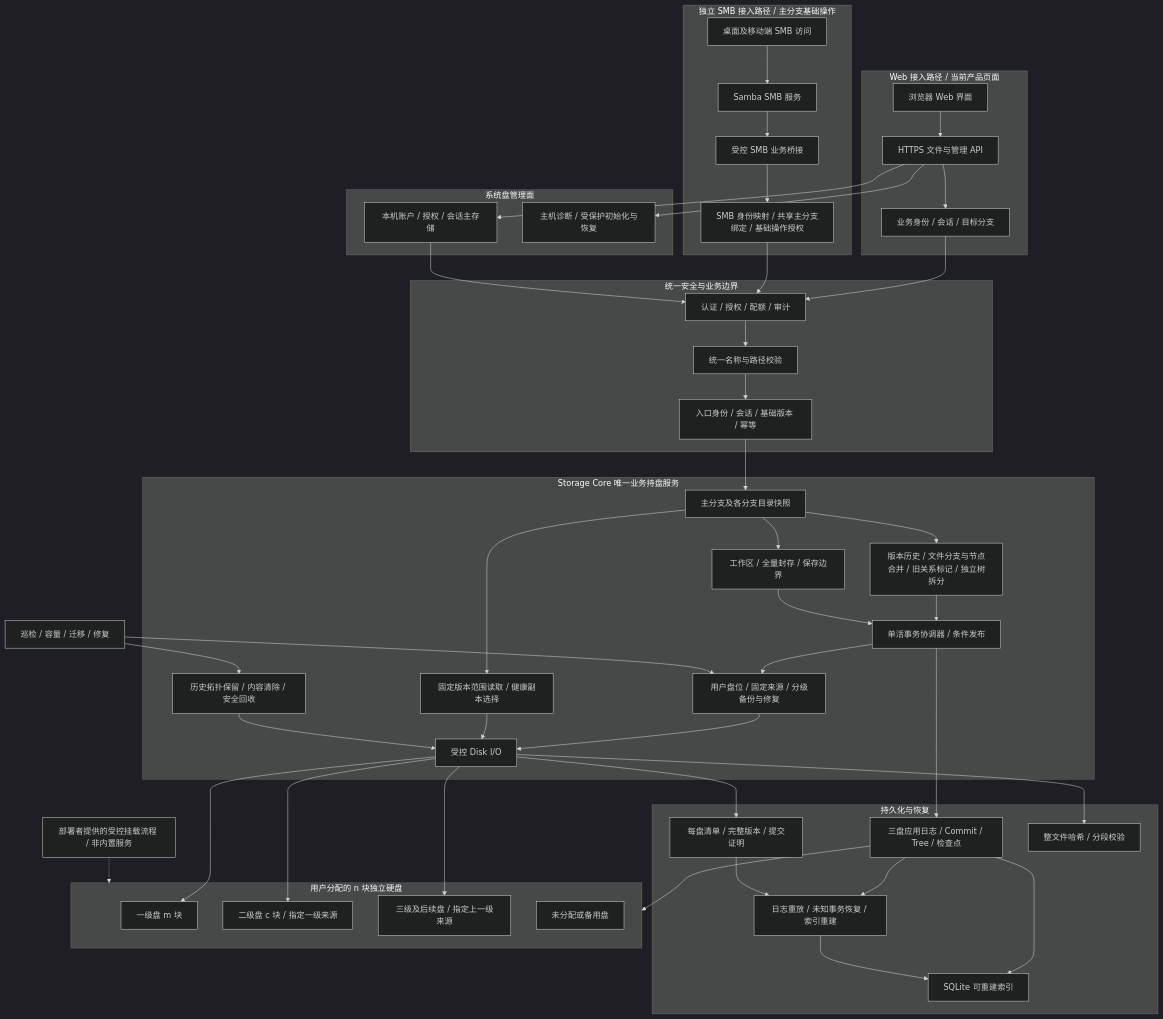
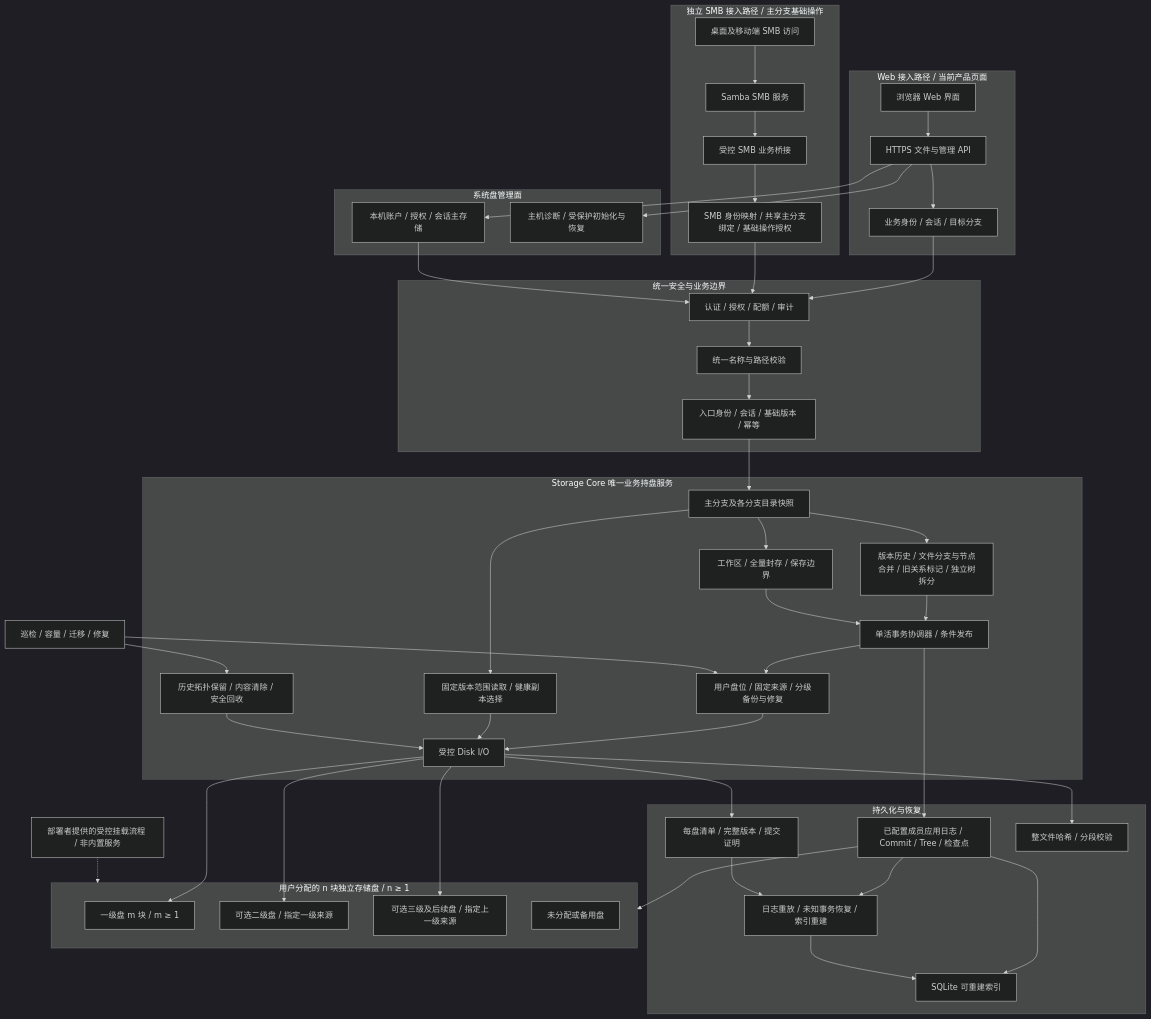
One commit to isarmg/xcs changed the diagram in docs/03-architecture.md. Above: the diagram before and after it, drawn with Mermaid (dark theme). The commit also changed other lines of this file and 62 other files, not shown here.

````diff
--- a/docs/03-architecture.md
+++ b/docs/03-architecture.md
@@ -19,81 +19,81 @@
 ```mermaid
 flowchart TB
     subgraph WEB_ACCESS[Web 接入路径 / 当前产品页面]
         WEB[浏览器 Web 界面]
         API[HTTPS 文件与管理 API]
         AAUTH[业务身份 / 会话 / 目标分支]
         WEB --> API
         API --> AAUTH
     end
 
     subgraph SMB_ACCESS[独立 SMB 接入路径 / 主分支基础操作]
         SACCESS[桌面及移动端 SMB 访问]
         SAMBA[Samba SMB 服务]
         SBRIDGE[受控 SMB 业务桥接]
         SAUTH[SMB 身份映射 / 共享主分支绑定 / 基础操作授权]
         SACCESS --> SAMBA
         SAMBA --> SBRIDGE
         SBRIDGE --> SAUTH
     end
 
     subgraph MANAGEMENT[系统盘管理面]
         PRIMARY[本机账户 / 授权 / 会话主存储]
         HOST[主机诊断 / 受保护初始化与恢复]
     end
     API --> PRIMARY
     API --> HOST
 
     subgraph C[统一安全与业务边界]
         AUTH[认证 / 授权 / 配额 / 审计]
         NAME[统一名称与路径校验]
         SESS[入口身份 / 会话 / 基础版本 / 幂等]
     end
     AAUTH --> AUTH
     SAUTH --> AUTH
     PRIMARY --> AUTH
     AUTH --> NAME --> SESS
     subgraph DCORE[Storage Core 唯一业务持盘服务]
         NS[主分支及各分支目录快照]
         HIST[版本历史 / 文件分支与节点合并 / 旧关系标记 / 独立树拆分]
         READ[固定版本范围读取 / 健康副本选择]
         WORK[工作区 / 全量封存 / 保存边界]
         TX[单活事务协调器 / 条件发布]
         REP[用户盘位 / 固定来源 / 分级备份与修复]
         GC[历史拓扑保留 / 内容清除 / 安全回收]
         IO[受控 Disk I/O]
     end
     SESS --> NS
     NS --> HIST
     NS --> READ
     NS --> WORK
     HIST --> TX
     WORK --> TX
     TX --> REP --> IO
     READ --> IO
     GC --> IO
     subgraph E[持久化与恢复]
-        LOG[三盘应用日志 / Commit / Tree / 检查点]
+        LOG[已配置成员应用日志 / Commit / Tree / 检查点]
         IDX[SQLite 可重建索引]
         MAN[每盘清单 / 完整版本 / 提交证明]
         CHECK[整文件哈希 / 分段校验]
         REC[日志重放 / 未知事务恢复 / 索引重建]
     end
     TX --> LOG --> IDX
     IO --> MAN
     IO --> CHECK
     LOG --> REC
     MAN --> REC --> IDX
-    subgraph DISKS[用户分配的 n 块独立硬盘]
-        P[一级盘 m 块]
-        B2[二级盘 c 块 / 指定一级来源]
-        B3[三级及后续盘 / 指定上一级来源]
+    subgraph DISKS[用户分配的 n 块独立存储盘 / n ≥ 1]
+        P[一级盘 m 块 / m ≥ 1]
+        B2[可选二级盘 / 指定一级来源]
+        B3[可选三级及后续盘 / 指定上一级来源]
         SP[未分配或备用盘]
     end
     IO --> P
     IO --> B2
     IO --> B3
     LOG --> DISKS
     HELPER[部署者提供的受控挂载流程 / 非内置服务] -.-> DISKS
     MAINT[巡检 / 容量 / 迁移 / 修复] --> REP
     MAINT --> GC
 ```
````
